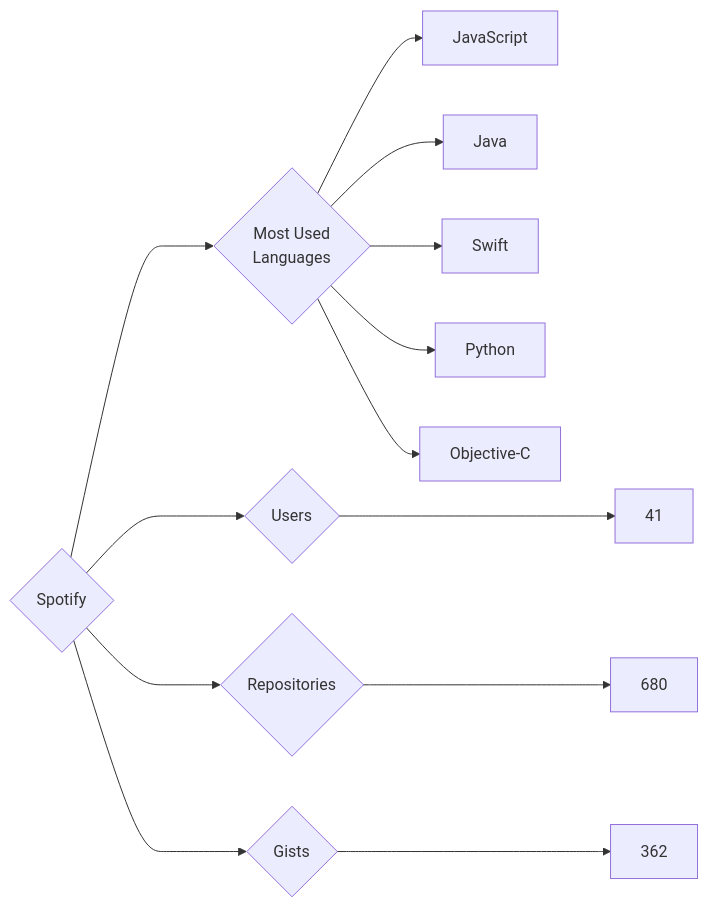
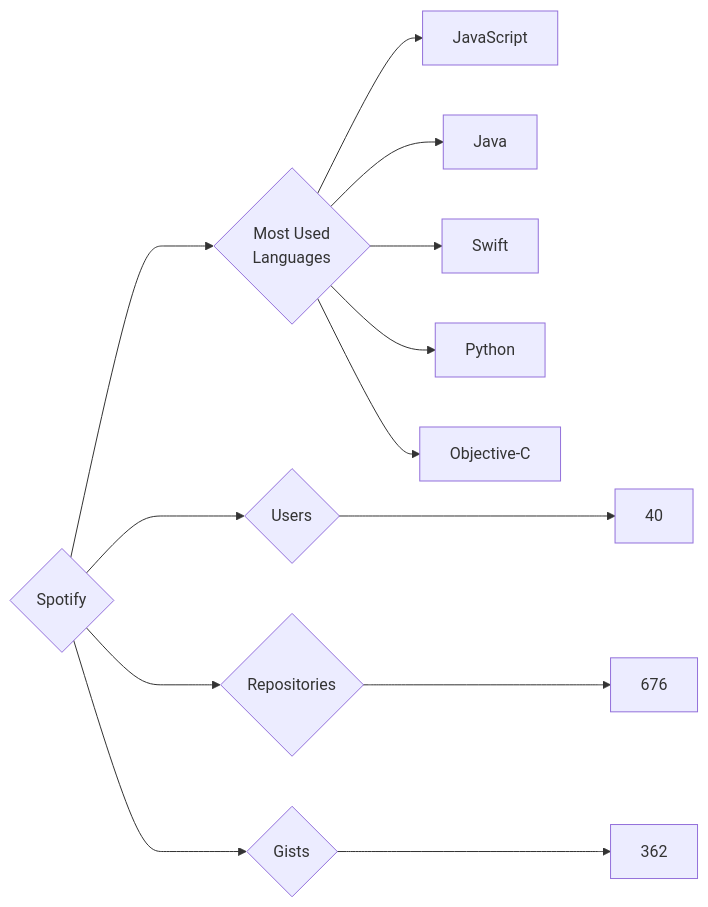
One commit to trickest/insiders changed the diagram in targets/Spotify/README.md. Above: the diagram before and after it, drawn with Mermaid. The commit also changed 770 other files, not shown here.

````diff
--- a/targets/Spotify/README.md
+++ b/targets/Spotify/README.md
@@ -3,13 +3,13 @@
 ```mermaid
 graph LR
 COMPANY_NAME{Spotify}
-COMPANY_NAME ---> U{Users} ---> UN[41]
-COMPANY_NAME ---> R{Repositories} ---> RN[680]
+COMPANY_NAME ---> U{Users} ---> UN[40]
+COMPANY_NAME ---> R{Repositories} ---> RN[676]
 COMPANY_NAME ---> G{Gists} ---> GN[362]
 COMPANY_NAME ---> ML{Most Used<br>Languages}
 ML --> JavaScript[JavaScript]
 ML --> Java[Java]
 ML --> Swift[Swift]
 ML --> Python[Python]
 ML --> Objective-C[Objective-C]
 ```
````
